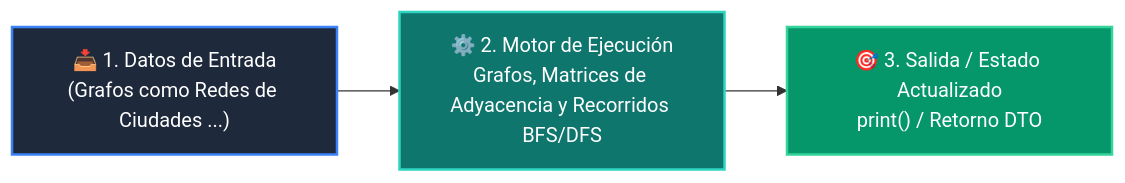
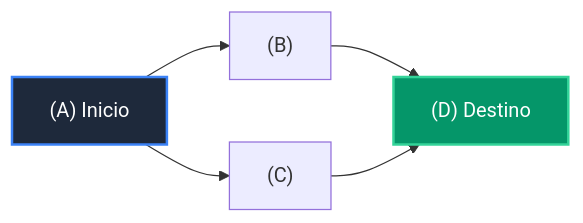
Before and after one commit to wisrovi/wisrovi-python: the diagram in docs/curso-02/clase-07.md, drawn with Mermaid. The commit also changed other lines of this file and 52 other files, not shown here.

````diff
--- a/docs/curso-02/clase-07.md
+++ b/docs/curso-02/clase-07.md
@@ -38,9 +37,9 @@
 ```mermaid
 flowchart LR
-    IN["📥 1. Datos de Entrada<br/>(Grafos como Redes de Ciudades ...)"] --> ENG["⚙️ 2. Motor de Ejecución<br/>Grafos, Matrices de Adyacencia y Recorridos BFS/DFS"]
-    ENG --> OUT["🎯 3. Salida / Estado Actualizado<br/>print() / Retorno DTO"]
-
-    style IN fill:#1e293b,color:#ffffff,stroke:#3b82f6,stroke-width:2px
-    style ENG fill:#0f766e,color:#ffffff,stroke:#2dd4bf,stroke-width:2px
-    style OUT fill:#059669,color:#ffffff,stroke:#34d399,stroke-width:2px
+    A["(A) Inicio"] --> B["(B)"]
+    A --> C["(C)"]
+    B --> D["(D) Destino"]
+    C --> D
+    style A fill:#1e293b,color:#ffffff,stroke:#3b82f6,stroke-width:2px
+    style D fill:#059669,color:#ffffff,stroke:#34d399,stroke-width:2px
 ```
````
